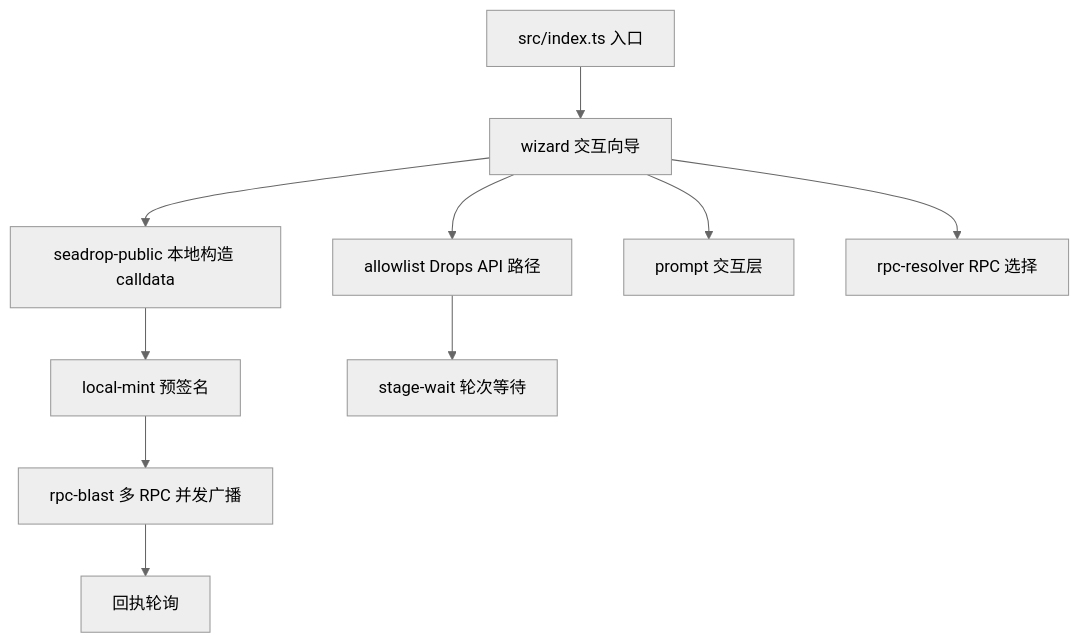
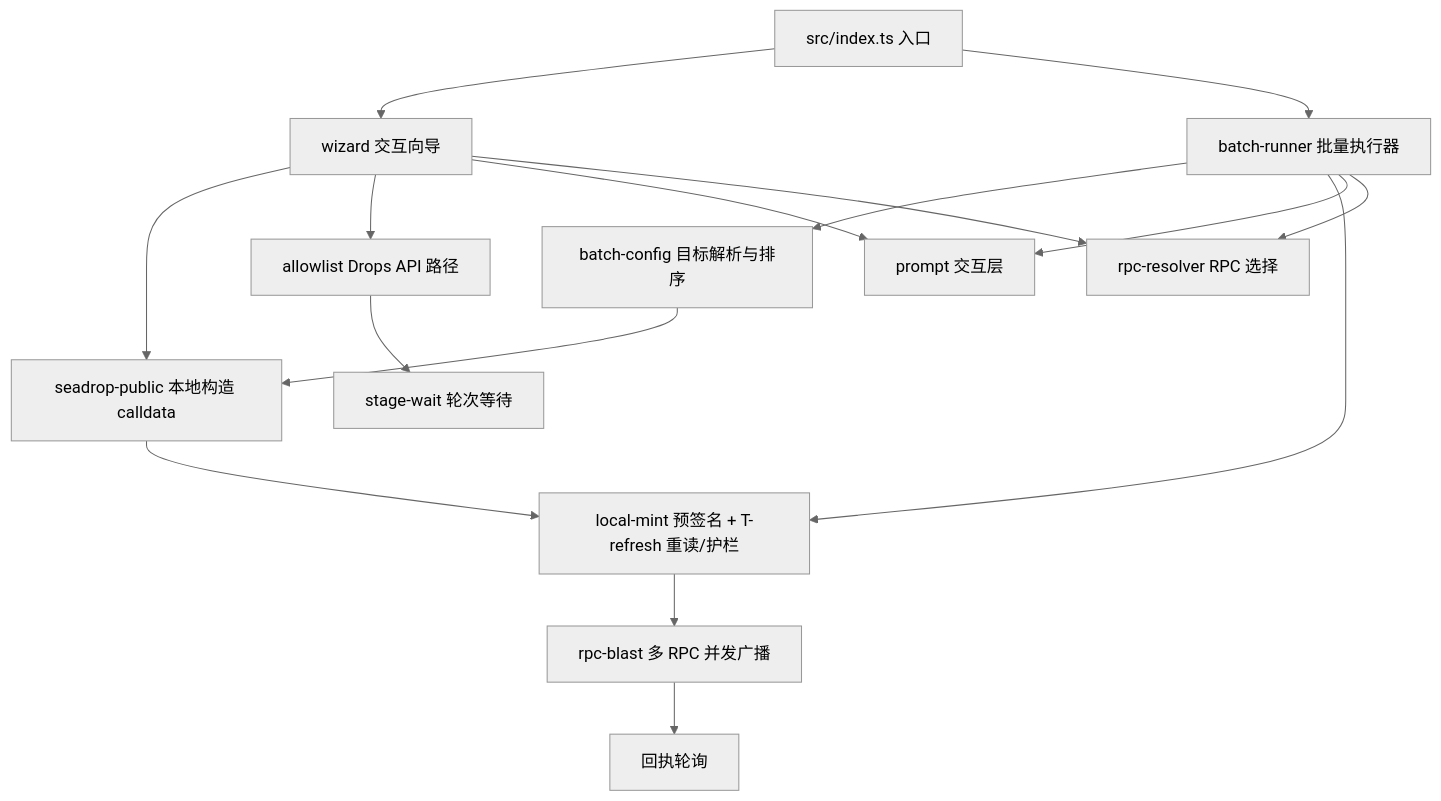
Before and after one commit to journeyanhk/opensea-nft-public-mint: the first of 2 diagrams in helloagents/wiki/arch.md, drawn with Mermaid (neutral theme). The commit also changed other lines of this file and 18 other files, not shown here.

````diff
--- a/helloagents/wiki/arch.md
+++ b/helloagents/wiki/arch.md
@@ -4,12 +4,18 @@
 ```mermaid
 flowchart TD
     A[src/index.ts 入口] --> B[wizard 交互向导]
+    A --> N[batch-runner 批量执行器]
+    N --> O[batch-config 目标解析与排序]
+    O --> C
     B --> C[seadrop-public 本地构造 calldata]
     B --> D[allowlist Drops API 路径]
-    C --> E[local-mint 预签名]
+    C --> E[local-mint 预签名 + T-refresh 重读/护栏]
+    N --> E
     E --> F[rpc-blast 多 RPC 并发广播]
     F --> G[回执轮询]
     D --> H[stage-wait 轮次等待]
     B --> I[prompt 交互层]
+    N --> I
     B --> J[rpc-resolver RPC 选择]
+    N --> J
 ```
````
